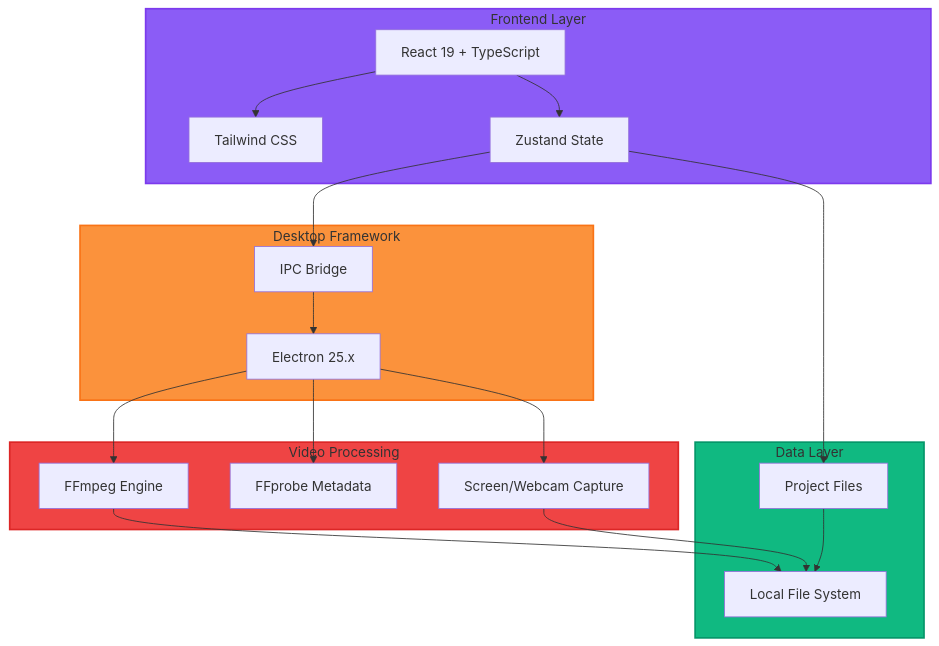
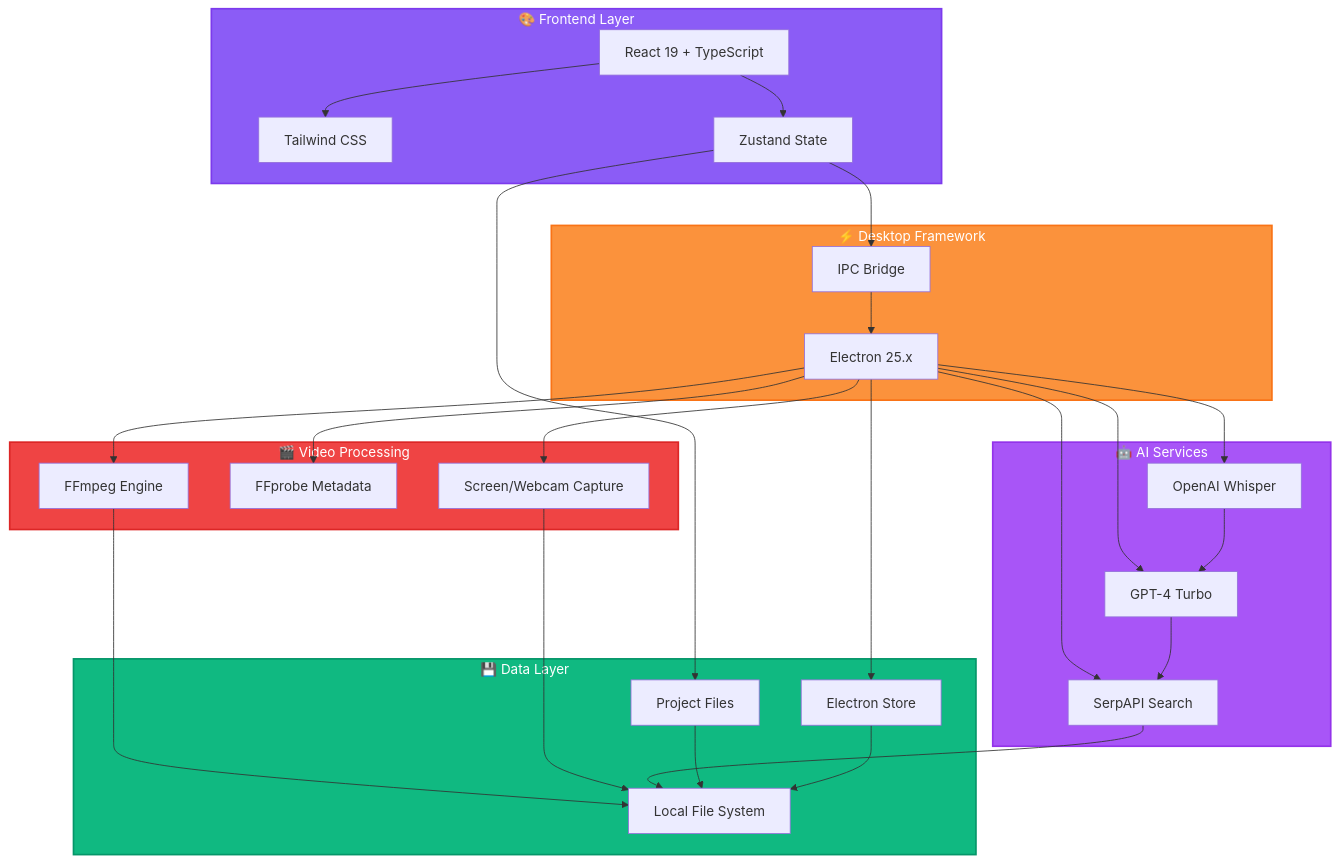
Before and after one commit to LoganLiangMay/clip_forge: the diagram in README.md, drawn with Mermaid. The commit also changed other lines of this file, not shown here.

````diff
--- a/README.md
+++ b/README.md
@@ -7,41 +17,57 @@
 ```mermaid
 graph TB
-    subgraph Frontend[Frontend Layer]
+    subgraph Frontend[🎨 Frontend Layer]
         React[React 19 + TypeScript]
         Tailwind[Tailwind CSS]
         Zustand[Zustand State]
     end
 
-    subgraph Desktop[Desktop Framework]
+    subgraph Desktop[⚡ Desktop Framework]
         Electron[Electron 25.x]
         IPC[IPC Bridge]
     end
 
-    subgraph Processing[Video Processing]
+    subgraph Processing[🎬 Video Processing]
         FFmpeg[FFmpeg Engine]
         FFprobe[FFprobe Metadata]
         Recorder[Screen/Webcam Capture]
     end
 
-    subgraph Storage[Data Layer]
+    subgraph AI[🤖 AI Services]
+        Whisper[OpenAI Whisper]
+        GPT4[GPT-4 Turbo]
+        SerpAPI[SerpAPI Search]
+    end
+
+    subgraph Storage[💾 Data Layer]
         FileSystem[Local File System]
         Projects[Project Files]
+        ElectronStore[Electron Store]
     end
 
     React --> Zustand
     React --> Tailwind
     Zustand --> IPC
     IPC --> Electron
     Electron --> FFmpeg
     Electron --> FFprobe
     Electron --> Recorder
+    Electron --> Whisper
+    Electron --> GPT4
+    Electron --> SerpAPI
     FFmpeg --> FileSystem
     Recorder --> FileSystem
+    Whisper --> GPT4
+    GPT4 --> SerpAPI
+    SerpAPI --> FileSystem
     Zustand --> Projects
     Projects --> FileSystem
+    Electron --> ElectronStore
+    ElectronStore --> FileSystem
 
-    style Frontend fill:#8b5cf6,stroke:#7c3aed,stroke-width:2px
-    style Desktop fill:#fb923c,stroke:#f97316,stroke-width:2px
-    style Processing fill:#ef4444,stroke:#dc2626,stroke-width:2px
-    style Storage fill:#10b981,stroke:#059669,stroke-width:2px
+    style Frontend fill:#8b5cf6,stroke:#7c3aed,stroke-width:2px,color:#fff
+    style Desktop fill:#fb923c,stroke:#f97316,stroke-width:2px,color:#fff
+    style Processing fill:#ef4444,stroke:#dc2626,stroke-width:2px,color:#fff
+    style AI fill:#a855f7,stroke:#9333ea,stroke-width:2px,color:#fff
+    style Storage fill:#10b981,stroke:#059669,stroke-width:2px,color:#fff
 ```
````
